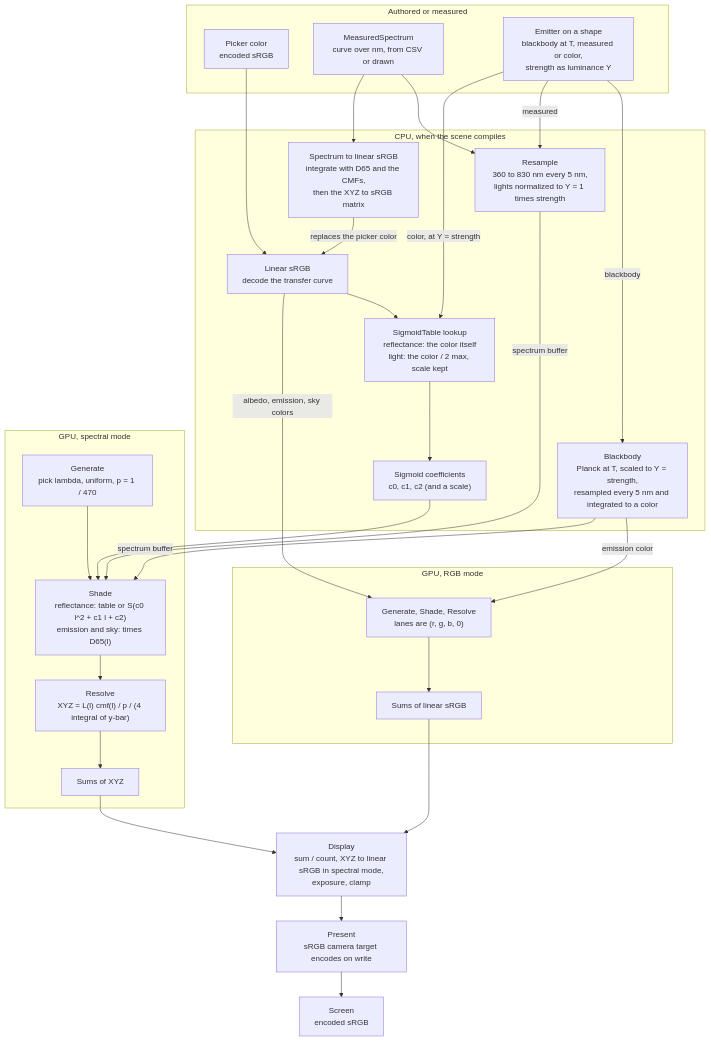
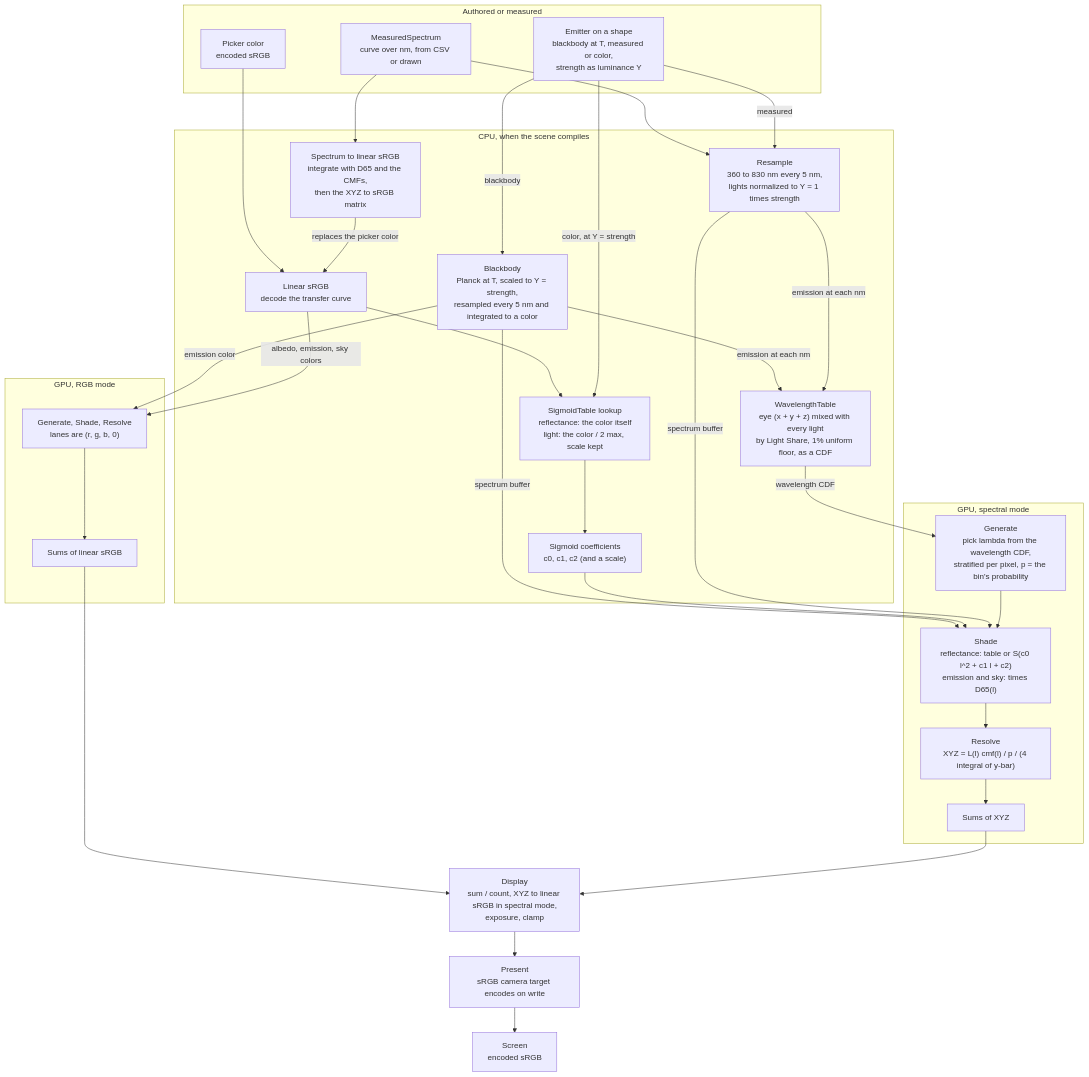
Before and after one commit to Privnoval016/SpectralPathTracer: the diagram in Assets/SpectralPathTracer/Runtime/Spectra/README.md, drawn with Mermaid. The commit also changed other lines of this file and 3 other files, not shown here.

````diff
--- a/Assets/SpectralPathTracer/Runtime/Spectra/README.md
+++ b/Assets/SpectralPathTracer/Runtime/Spectra/README.md
@@ -23,50 +23,54 @@
 ```mermaid
 flowchart TD
     subgraph AUTHOR["Authored or measured"]
         picker["Picker color<br/>encoded sRGB"]
         measured["MeasuredSpectrum<br/>curve over nm, from CSV or drawn"]
         emitter["Emitter on a shape<br/>blackbody at T, measured or color,<br/>strength as luminance Y"]
     end
 
     subgraph CPU["CPU, when the scene compiles"]
         linear["Linear sRGB<br/>decode the transfer curve"]
         fit["SigmoidTable lookup<br/>reflectance: the color itself<br/>light: the color / 2 max, scale kept"]
         coeffs["Sigmoid coefficients<br/>c0, c1, c2 (and a scale)"]
         resample["Resample<br/>360 to 830 nm every 5 nm,<br/>lights normalized to Y = 1 times strength"]
         tocolor["Spectrum to linear sRGB<br/>integrate with D65 and the CMFs,<br/>then the XYZ to sRGB matrix"]
         planck["Blackbody<br/>Planck at T, scaled to Y = strength,<br/>resampled every 5 nm and integrated to a color"]
+        cdf["WavelengthTable<br/>eye (x + y + z) mixed with every light<br/>by Light Share, 1% uniform floor, as a CDF"]
     end
 
     subgraph GPU_RGB["GPU, RGB mode"]
         rgbpath["Generate, Shade, Resolve<br/>lanes are (r, g, b, 0)"]
         rgbsum["Sums of linear sRGB"]
     end
 
     subgraph GPU_SPEC["GPU, spectral mode"]
-        lambda["Generate<br/>pick lambda, uniform, p = 1 / 470"]
+        lambda["Generate<br/>pick lambda from the wavelength CDF,<br/>stratified per pixel, p = the bin's probability"]
         evaluate["Shade<br/>reflectance: table or S(c0 l^2 + c1 l + c2)<br/>emission and sky: times D65(l)"]
         estimate["Resolve<br/>XYZ = L(l) cmf(l) / p / (4 integral of y-bar)"]
         xyzsum["Sums of XYZ"]
     end
 
     display["Display<br/>sum / count, XYZ to linear sRGB in spectral mode,<br/>exposure, clamp"]
     present["Present<br/>sRGB camera target encodes on write"]
     screen["Screen<br/>encoded sRGB"]
 
     picker --> linear
     linear --> fit --> coeffs
     measured --> resample
     measured --> tocolor
     tocolor -- "replaces the picker color" --> linear
     emitter -- "blackbody" --> planck
     emitter -- "measured" --> resample
     emitter -- "color, at Y = strength" --> fit
     planck -- "emission color" --> rgbpath
     planck -- "spectrum buffer" --> evaluate
+    planck -- "emission at each nm" --> cdf
+    resample -- "emission at each nm" --> cdf
+    cdf -- "wavelength CDF" --> lambda
 
     linear -- "albedo, emission, sky colors" --> rgbpath --> rgbsum --> display
     coeffs --> evaluate
     resample -- "spectrum buffer" --> evaluate
     lambda --> evaluate --> estimate --> xyzsum --> display
     display --> present --> screen
 ```
````
